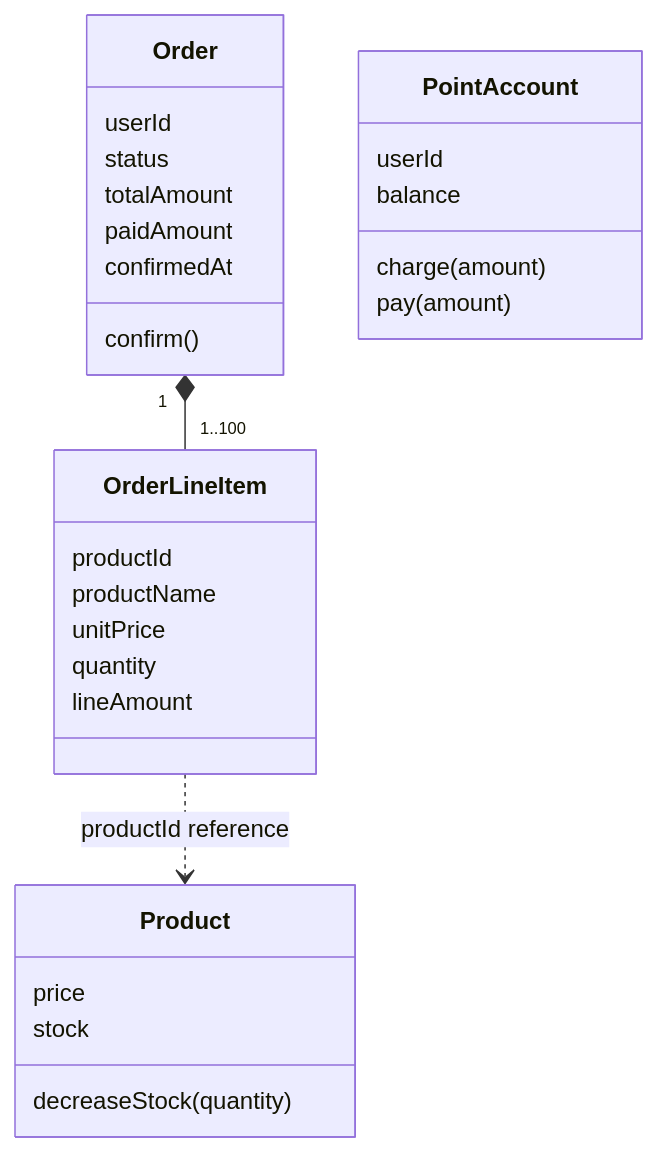
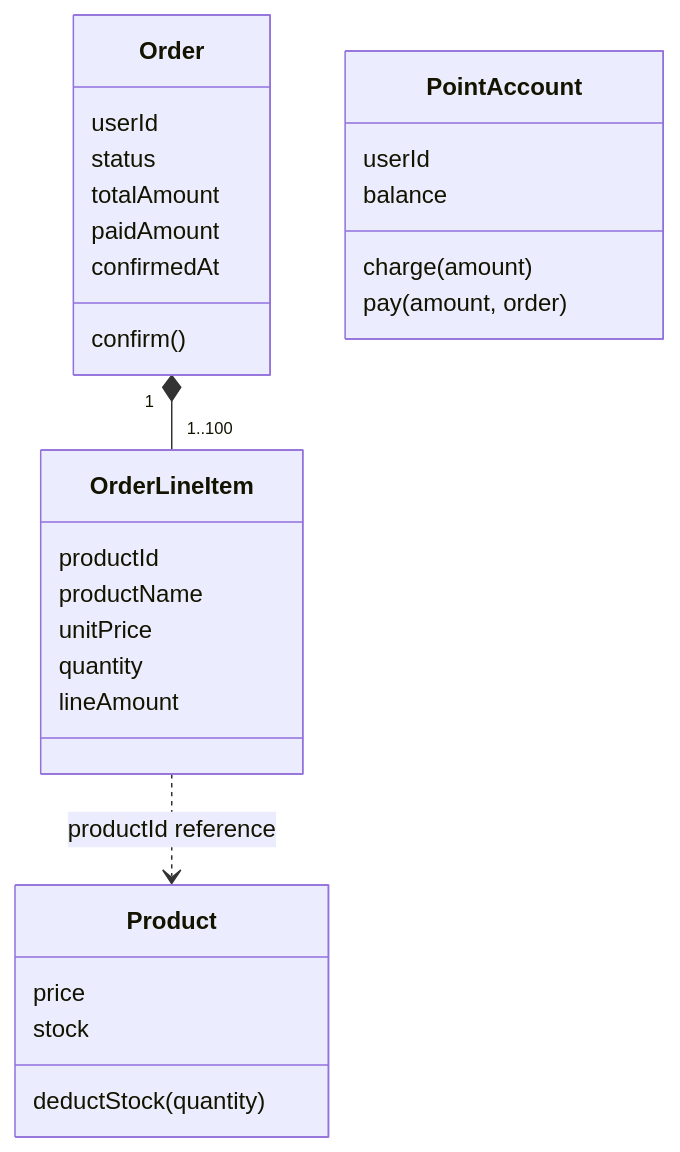
One commit to giwankim/loop-pack-be-l2-vol5-kotlin changed the diagram in docs/design/points-orders.md. Above: the diagram before and after it, drawn with Mermaid. The commit also changed other lines of this file and 1 other file, not shown here.

````diff
--- a/docs/design/points-orders.md
+++ b/docs/design/points-orders.md
@@ -277,31 +277,31 @@
 ```mermaid
 classDiagram
     class Order {
         userId
         status
         totalAmount
         paidAmount
         confirmedAt
         confirm()
     }
     class OrderLineItem {
         productId
         productName
         unitPrice
         quantity
         lineAmount
     }
     class PointAccount {
         userId
         balance
         charge(amount)
-        pay(amount)
+        pay(amount, order)
     }
     class Product {
         price
         stock
-        decreaseStock(quantity)
+        deductStock(quantity)
     }
     Order "1" *-- "1..100" OrderLineItem
     OrderLineItem ..> Product : productId reference
 ```
````
